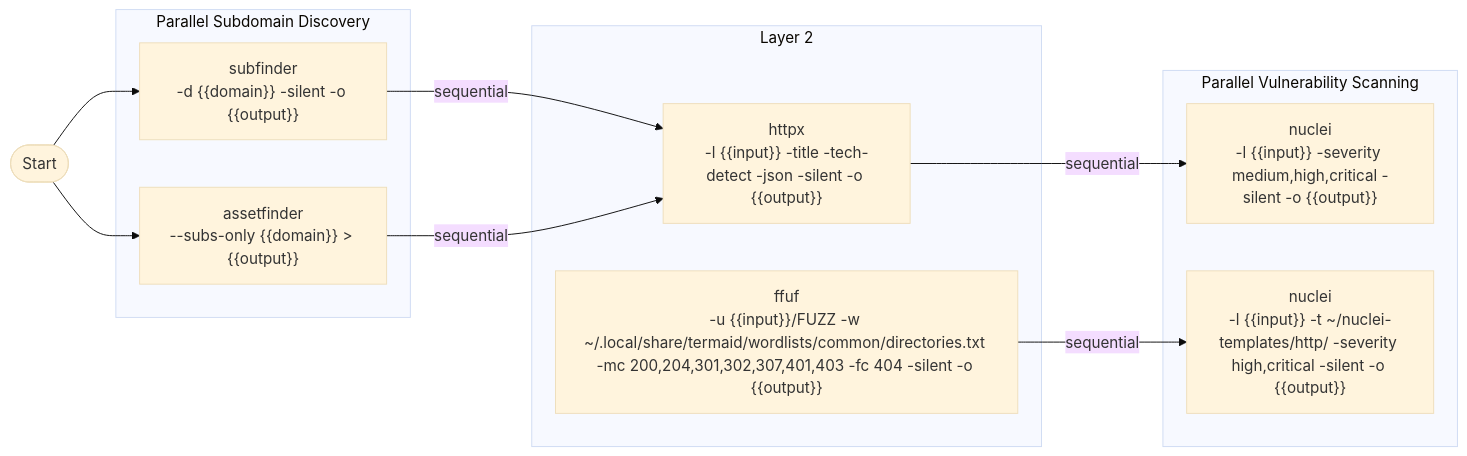
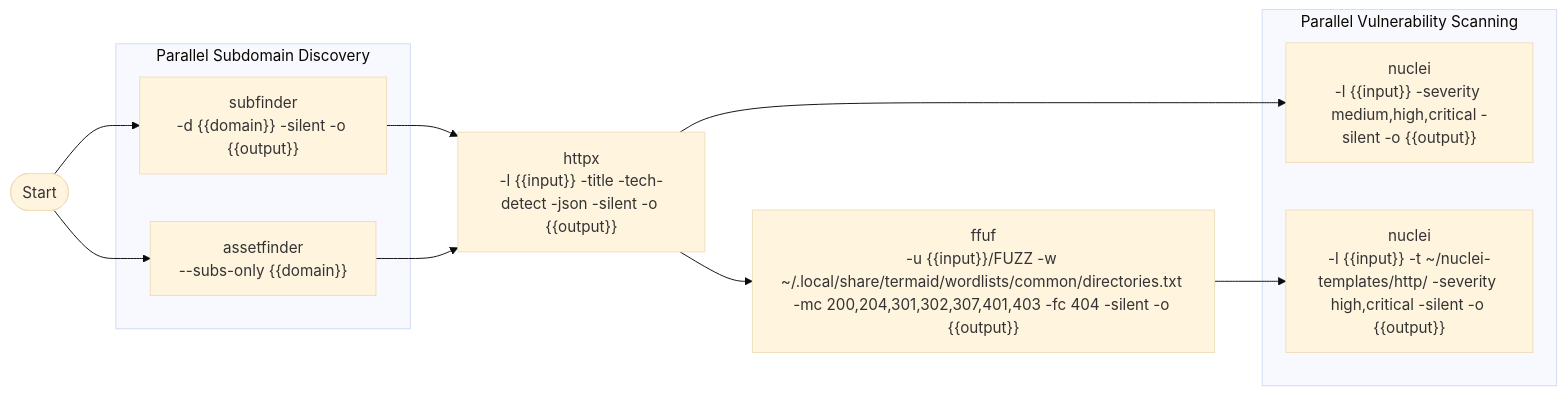
The diagram in workflow.mmd (MKlolbullen/termaid), drawn with Mermaid (base theme) before and after one commit. The commit also changed 29 other files, not shown here.

First line of the commit message:
Enable authoring, saving, and running Mermaid chart workflows

```diff
--- a/workflow.mmd
+++ b/workflow.mmd
@@ -1,22 +1,25 @@
 graph LR
+  %% Termaid workflow chart. Author diagrams like this in https://mermaid.live,
+  %% save the .mmd, then run:  termaid run -d <domain> -w workflow.mmd
+  %% Each node label is "tool\nargs"; {{domain}}/{{input}}/{{output}} are filled in
+  %% at run time (target, previous stage's output file, this node's output file).
   subgraph subdomain_parallel["Parallel Subdomain Discovery"]
     subfinder-1["subfinder\n-d {{domain}} -silent -o {{output}}"]
-    assetfinder-1["assetfinder\n--subs-only {{domain}} > {{output}}"]
+    assetfinder-1["assetfinder\n--subs-only {{domain}}"]
   end
-  
-  subgraph L2["Layer 2"]
-    httpx-1["httpx\n-l {{input}} -title -tech-detect -json -silent -o {{output}}"]
-    ffuf-1["ffuf\n-u {{input}}/FUZZ -w ~/.local/share/termaid/wordlists/common/directories.txt -mc 200,204,301,302,307,401,403 -fc 404 -silent -o {{output}}"]
-  end
-  
+
+  httpx-1["httpx\n-l {{input}} -title -tech-detect -json -silent -o {{output}}"]
+  ffuf-1["ffuf\n-u {{input}}/FUZZ -w ~/.local/share/termaid/wordlists/common/directories.txt -mc 200,204,301,302,307,401,403 -fc 404 -silent -o {{output}}"]
+
   subgraph scanning_parallel["Parallel Vulnerability Scanning"]
     nuclei-1["nuclei\n-l {{input}} -severity medium,high,critical -silent -o {{output}}"]
     nuclei-2["nuclei\n-l {{input}} -t ~/nuclei-templates/http/ -severity high,critical -silent -o {{output}}"]
   end
-  
+
   input([Start]) --> subfinder-1
   input --> assetfinder-1
-  subfinder-1 -->|sequential| httpx-1
-  assetfinder-1 -->|sequential| httpx-1
-  httpx-1 -->|sequential| nuclei-1
-  ffuf-1 -->|sequential| nuclei-2
+  subfinder-1 --> httpx-1
+  assetfinder-1 --> httpx-1
+  httpx-1 --> nuclei-1
+  httpx-1 --> ffuf-1
+  ffuf-1 --> nuclei-2
```
